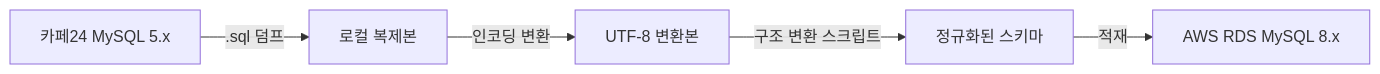
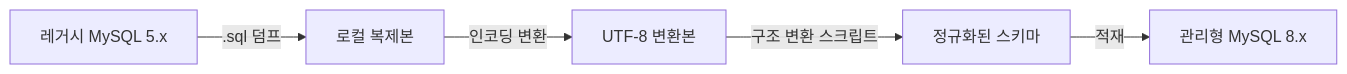
One commit to genie49/genie-cv changed the diagram in data/content/notes/vocatoktok-db-encoding.md. Above: the diagram before and after it, drawn with Mermaid. The commit also changed other lines of this file and 13 other files, not shown here.

````diff
--- a/data/content/notes/vocatoktok-db-encoding.md
+++ b/data/content/notes/vocatoktok-db-encoding.md
@@ -21,7 +21,7 @@
 ```mermaid
 flowchart LR
-    A["카페24 MySQL 5.x"] -->|".sql 덤프"| B["로컬 복제본"]
+    A["레거시 MySQL 5.x"] -->|".sql 덤프"| B["로컬 복제본"]
     B -->|"인코딩 변환"| C["UTF-8 변환본"]
     C -->|"구조 변환 스크립트"| D["정규화된 스키마"]
-    D -->|"적재"| E["AWS RDS MySQL 8.x"]
+    D -->|"적재"| E["관리형 MySQL 8.x"]
 ```
````
